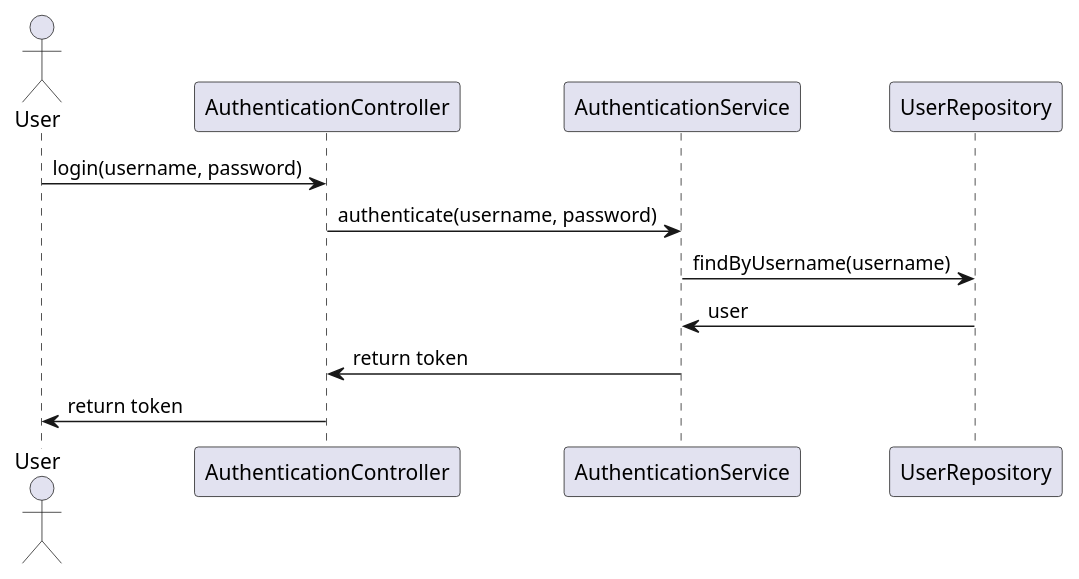
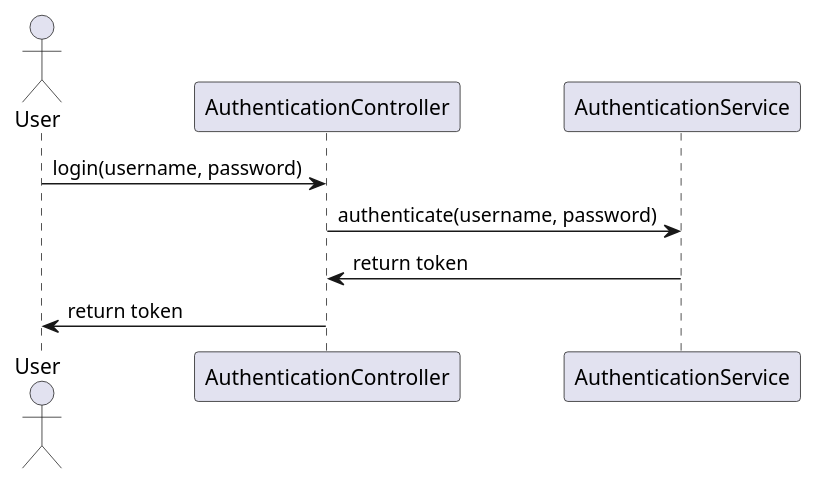
One commit to Dinesh-s95/AutoDoc.ai changed the second of 4 diagrams in enrollment/documentation/detaileddesign.adoc. Above: the diagram before and after it, drawn with PlantUML. The commit also changed other lines of this file and 15 other files, not shown here.

```diff
--- a/enrollment/documentation/detaileddesign.adoc
+++ b/enrollment/documentation/detaileddesign.adoc
@@ -185,16 +203,13 @@
-[plantuml, authentication-sequence, png]
+[plantuml, authentication-flow, png]
 ----
 @startuml
 actor "User" as user
 participant "AuthenticationController" as authController
 participant "AuthenticationService" as authService
-participant "UserRepository" as userRepo
 
 user -> authController : login(username, password)
 authController -> authService : authenticate(username, password)
-authService -> userRepo : findByUsername(username)
-userRepo -> authService : user
 authService -> authController : return token
 authController -> user : return token
 @enduml
 ----
```
